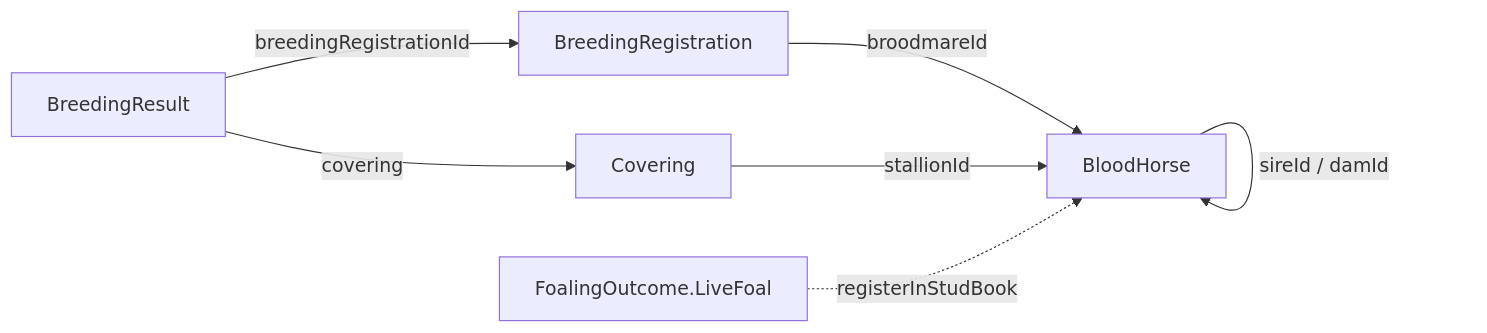
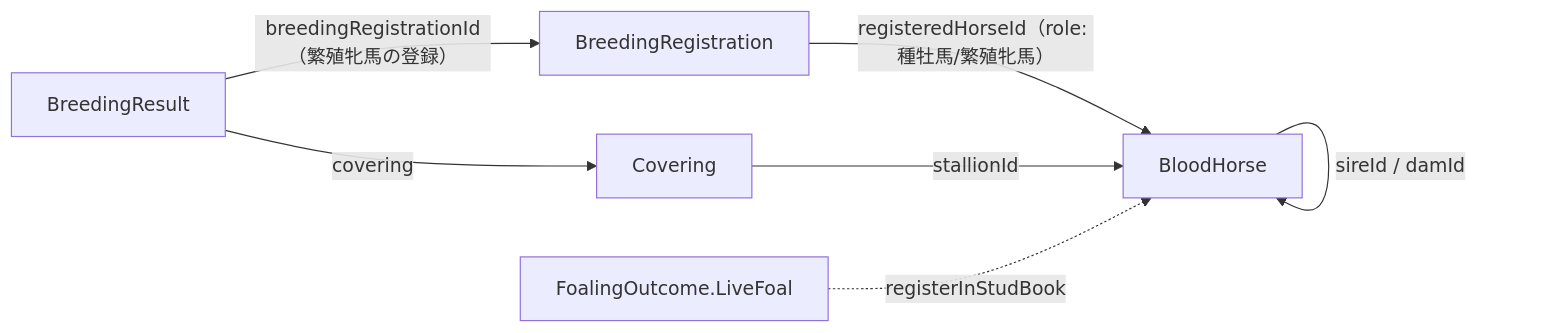
One commit to ptiringo/toy-box changed the diagram in docs/ubiquitous-language.md. Above: the diagram before and after it, drawn with Mermaid. The commit also changed other lines of this file and 20 other files, not shown here.

````diff
--- a/docs/ubiquitous-language.md
+++ b/docs/ubiquitous-language.md
@@ -100,9 +108,9 @@
 ```mermaid
 graph LR
-  BreedingRegistration -->|broodmareId| BloodHorse
-  BreedingResult -->|breedingRegistrationId| BreedingRegistration
+  BreedingRegistration -->|registeredHorseId（role: 種牡馬/繁殖牝馬）| BloodHorse
+  BreedingResult -->|breedingRegistrationId（繁殖牝馬の登録）| BreedingRegistration
   Covering -->|stallionId| BloodHorse
   BreedingResult -->|covering| Covering
   BloodHorse -->|sireId / damId| BloodHorse
   LiveFoal["FoalingOutcome.LiveFoal"] -.->|registerInStudBook| BloodHorse
 ```
````
